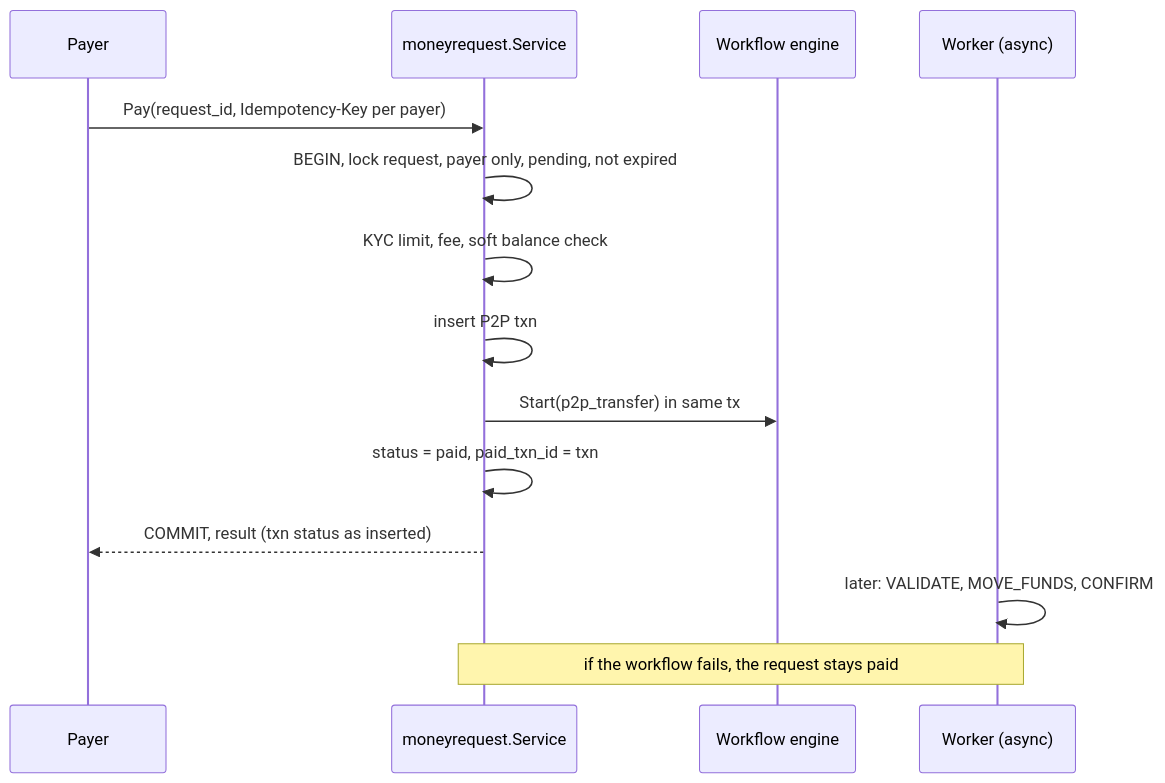
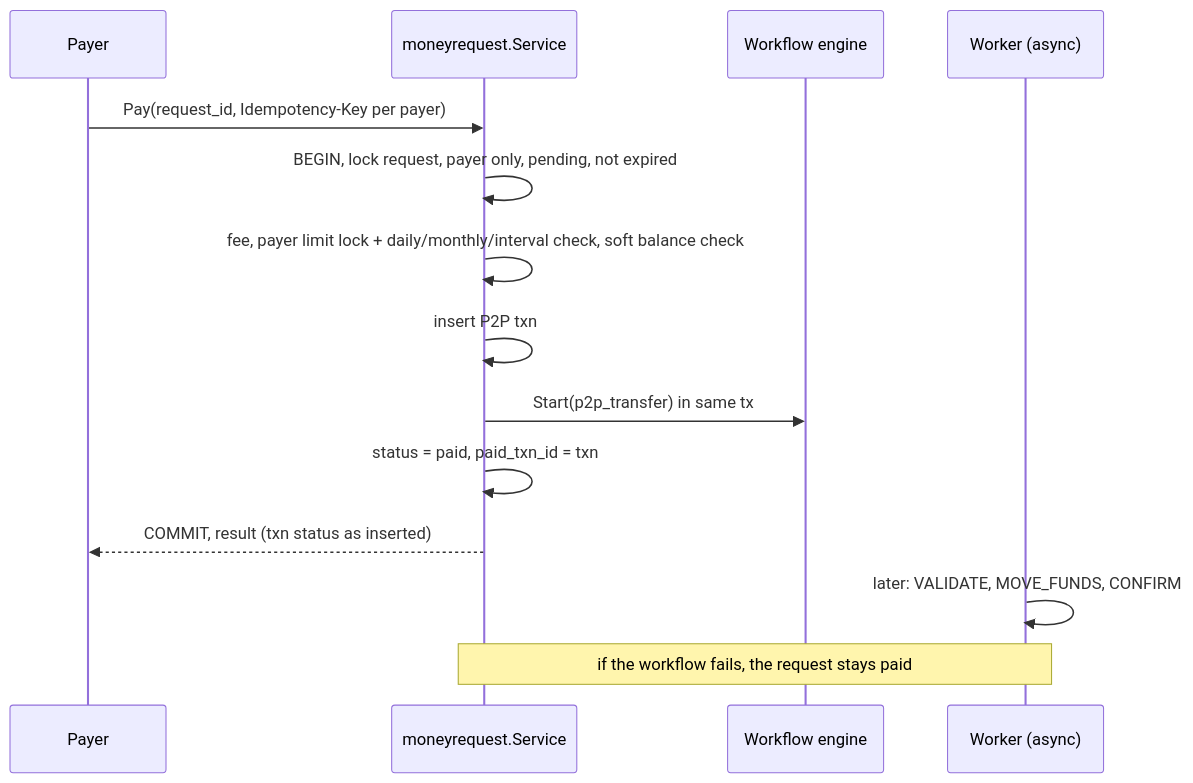
Before and after one commit to hieumai1507/HPay: the second of 2 diagrams in docs/domain/money-requests.md, drawn with Mermaid. The commit also changed other lines of this file and 8 other files, not shown here.

Commit message:
fix(moneyrequest): enforce daily, monthly and interval limits under the per-payer lock in Pay [BUG-0021]

````diff
--- a/docs/domain/money-requests.md
+++ b/docs/domain/money-requests.md
@@ -95,16 +95,16 @@
 ```mermaid
 sequenceDiagram
     participant P as Payer
     participant S as moneyrequest.Service
     participant E as Workflow engine
     participant W as Worker (async)
     P->>S: Pay(request_id, Idempotency-Key per payer)
     S->>S: BEGIN, lock request, payer only, pending, not expired
-    S->>S: KYC limit, fee, soft balance check
+    S->>S: fee, payer limit lock + daily/monthly/interval check, soft balance check
     S->>S: insert P2P txn
     S->>E: Start(p2p_transfer) in same tx
     S->>S: status = paid, paid_txn_id = txn
     S-->>P: COMMIT, result (txn status as inserted)
     W->>W: later: VALIDATE, MOVE_FUNDS, CONFIRM
     Note over S,W: if the workflow fails, the request stays paid
 ```
````
